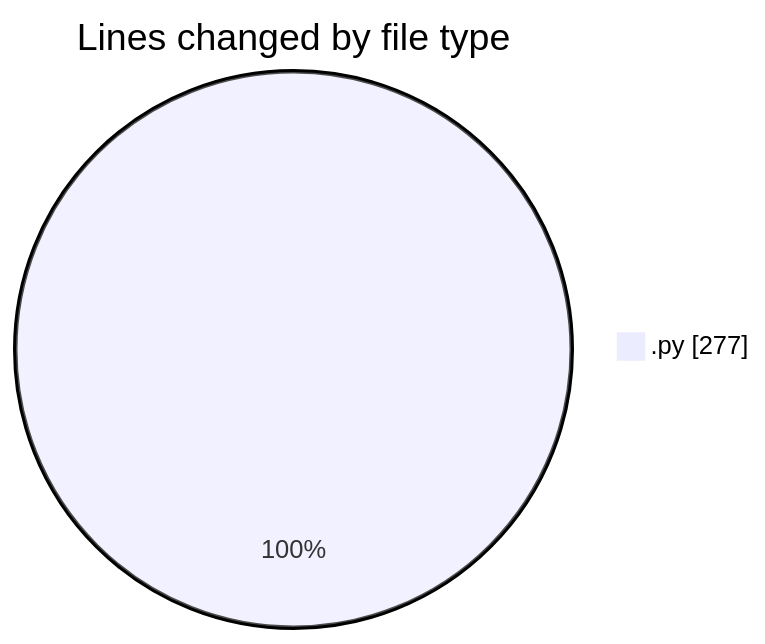
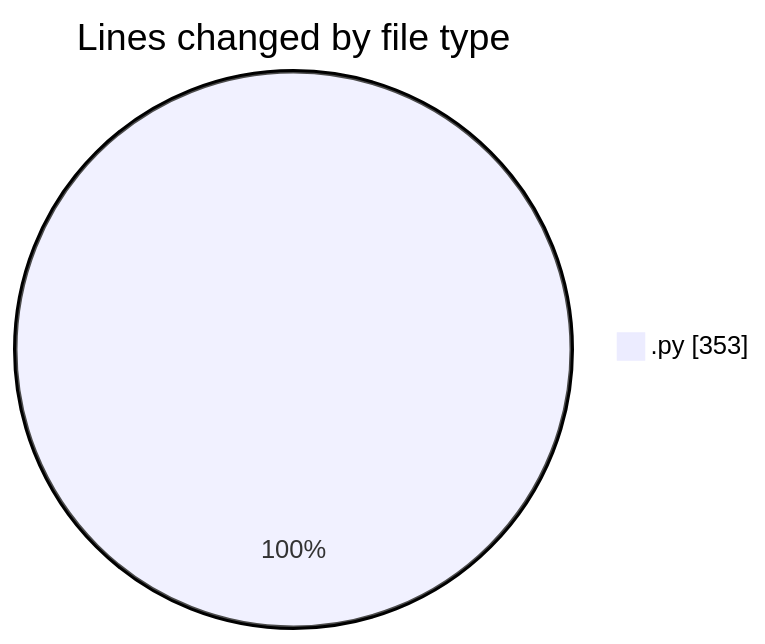
Before and after one commit to FelipKnott/code-tracking: the first of 2 diagrams in 2025-07-13/cursor/README.md, drawn with Mermaid. The commit also changed other lines of this file and 1 other file, not shown here.

````diff
--- a/2025-07-13/cursor/README.md
+++ b/2025-07-13/cursor/README.md
@@ -23,5 +24,5 @@
 ```mermaid
 pie showData
 title Lines changed by file type
-".py" : 277
+".py" : 353
 ```
````
